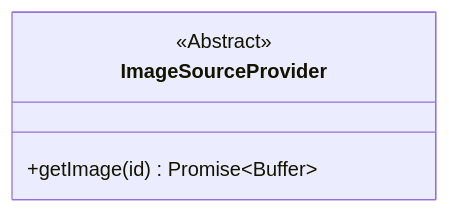
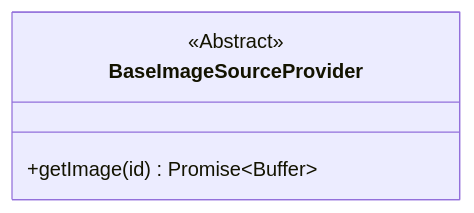
One commit to DrMarcoGilardi/BRANI-360 changed the eighth of 36 diagrams in docs/SERVER_DOCS.md. Above: the diagram before and after it, drawn with Mermaid. The commit also changed other lines of this file and 2 other files, not shown here.

````diff
--- a/docs/SERVER_DOCS.md
+++ b/docs/SERVER_DOCS.md
@@ -155,7 +155,7 @@
 ```mermaid
 classDiagram
-class ImageSourceProvider{
+class BaseImageSourceProvider{
 <<Abstract>>
 +getImage(id) Promise~Buffer~
 }
 ```
````
